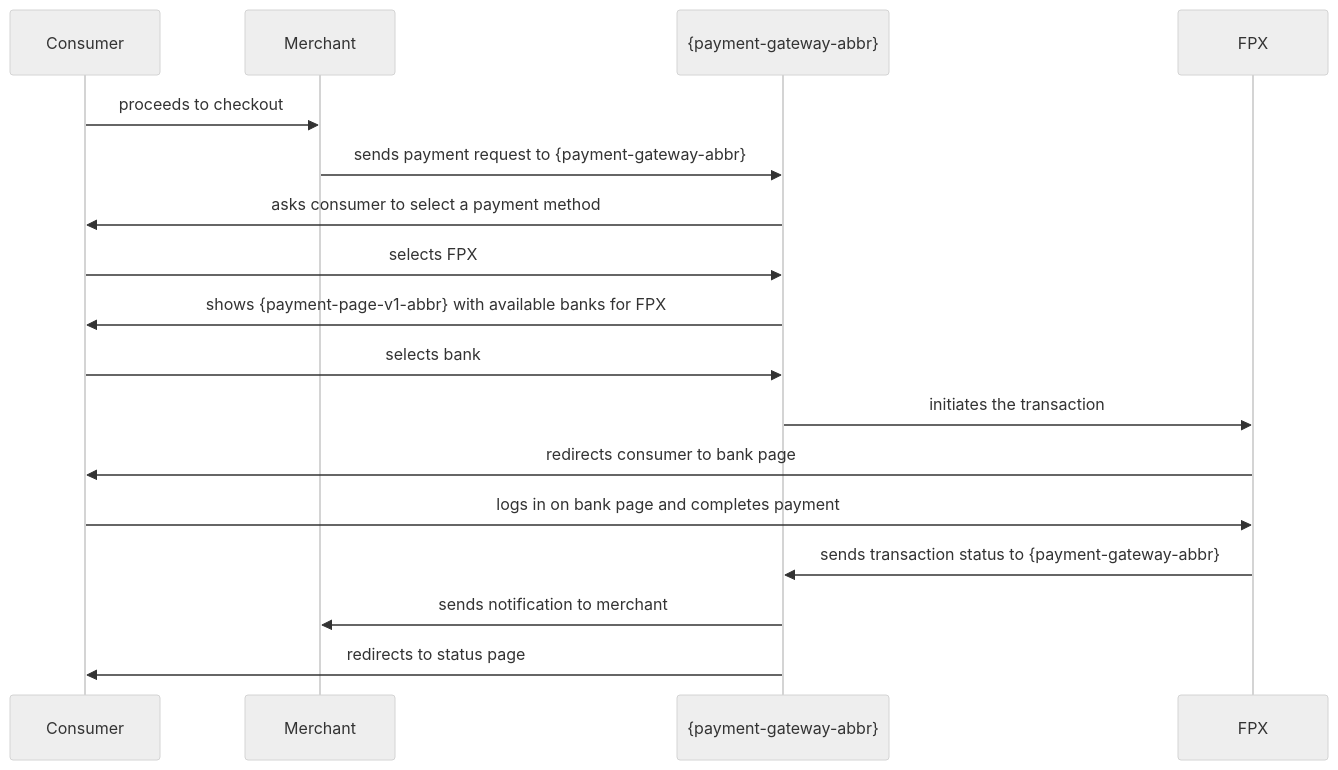
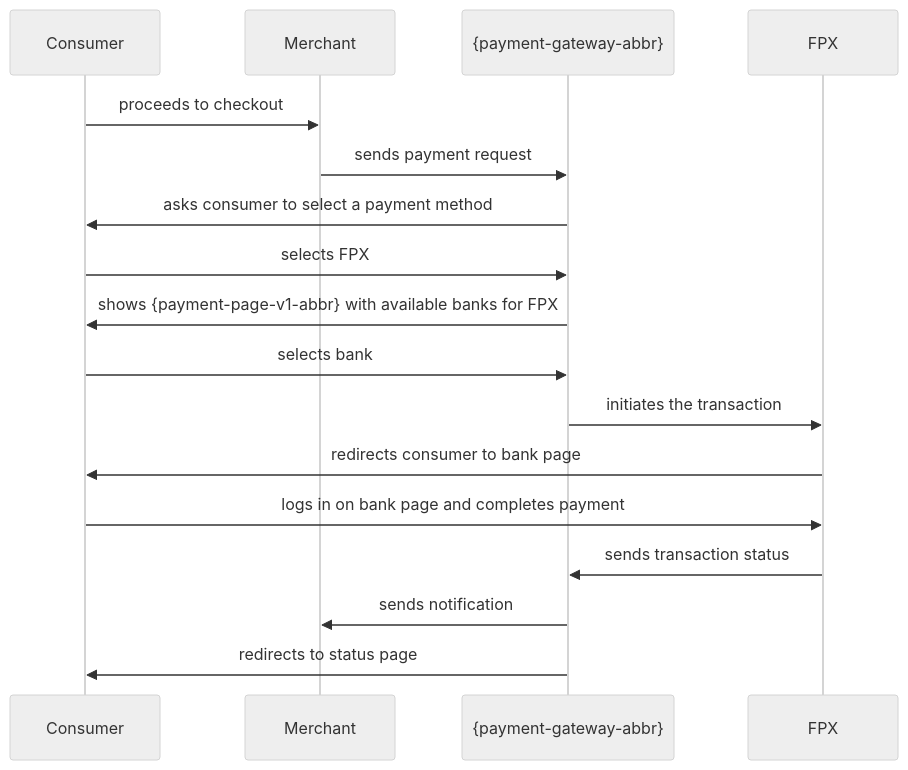
One commit to wirecard/merchant-documentation-gateway changed the diagram in 11-47-fpx.adoc. Above: the diagram before and after it, drawn with Mermaid (neutral theme). The commit also changed other lines of this file, not shown here.

Commit message:
Update wording

```diff
--- a/11-47-fpx.adoc
+++ b/11-47-fpx.adoc
@@ -66,20 +66,20 @@
 [mermaid, CC_Fields_intro_elements_parentchild,svg,subs=attributes+]
 ----
 sequenceDiagram
     participant Consumer
     participant Merchant
     participant {payment-gateway-abbr}
     participant FPX
 Consumer->>Merchant: proceeds to checkout
-Merchant->>{payment-gateway-abbr}: sends payment request to {payment-gateway-abbr}
+Merchant->>{payment-gateway-abbr}: sends payment request
 {payment-gateway-abbr}->>Consumer: asks consumer to select a payment method
 Consumer->>{payment-gateway-abbr}: selects FPX
 {payment-gateway-abbr}->> Consumer: shows {payment-page-v1-abbr} with available banks for FPX
 Consumer->>{payment-gateway-abbr}: selects bank
 {payment-gateway-abbr}->>FPX: initiates the transaction
 FPX->>Consumer: redirects consumer to bank page
 Consumer->>FPX: logs in on bank page and completes payment
-FPX->>{payment-gateway-abbr}: sends transaction status to {payment-gateway-abbr}
-{payment-gateway-abbr}->>Merchant: sends notification to merchant
+FPX->>{payment-gateway-abbr}: sends transaction status
+{payment-gateway-abbr}->>Merchant: sends notification
 {payment-gateway-abbr}->>Consumer: redirects to status page
 ----
```
